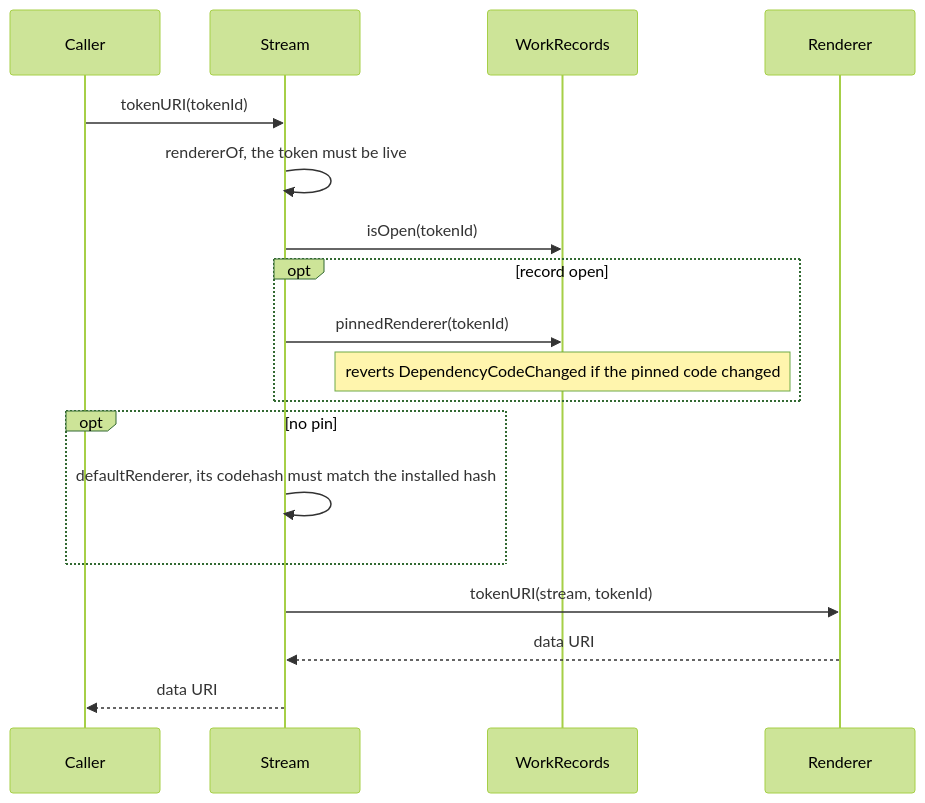
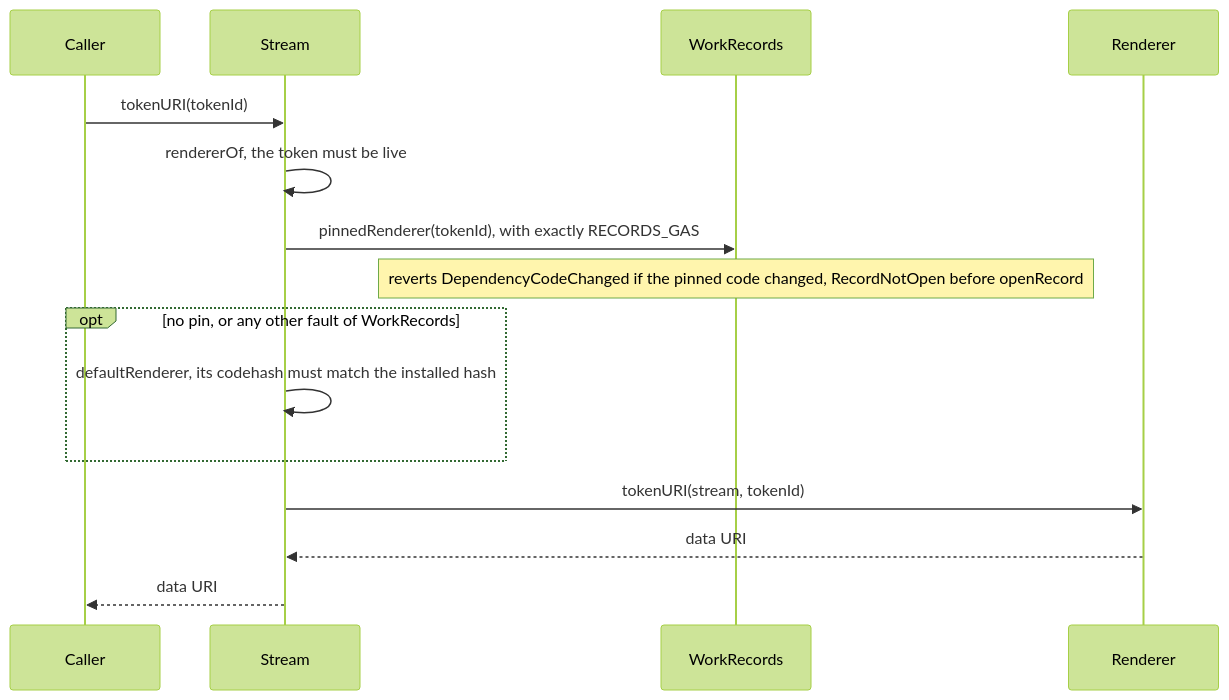
One commit to 6529-Collections/6529-works changed the third of 6 diagrams in docs/spec/rendering-and-tokenuri.md. Above: the diagram before and after it, drawn with Mermaid (forest theme). The commit also changed other lines of this file and 52 other files, not shown here.

````diff
--- a/docs/spec/rendering-and-tokenuri.md
+++ b/docs/spec/rendering-and-tokenuri.md
@@ -115,20 +115,17 @@
 ```mermaid
 sequenceDiagram
     participant C as Caller
     participant S as Stream
     participant W as WorkRecords
     participant R as Renderer
     C->>S: tokenURI(tokenId)
     S->>S: rendererOf, the token must be live
-    S->>W: isOpen(tokenId)
-    opt record open
-        S->>W: pinnedRenderer(tokenId)
-        Note over W: reverts DependencyCodeChanged if the pinned code changed
-    end
-    opt no pin
+    S->>W: pinnedRenderer(tokenId), with exactly RECORDS_GAS
+    Note over W: reverts DependencyCodeChanged if the pinned code changed, RecordNotOpen before openRecord
+    opt no pin, or any other fault of WorkRecords
         S->>S: defaultRenderer, its codehash must match the installed hash
     end
     S->>R: tokenURI(stream, tokenId)
     R-->>S: data URI
     S-->>C: data URI
 ```
````
